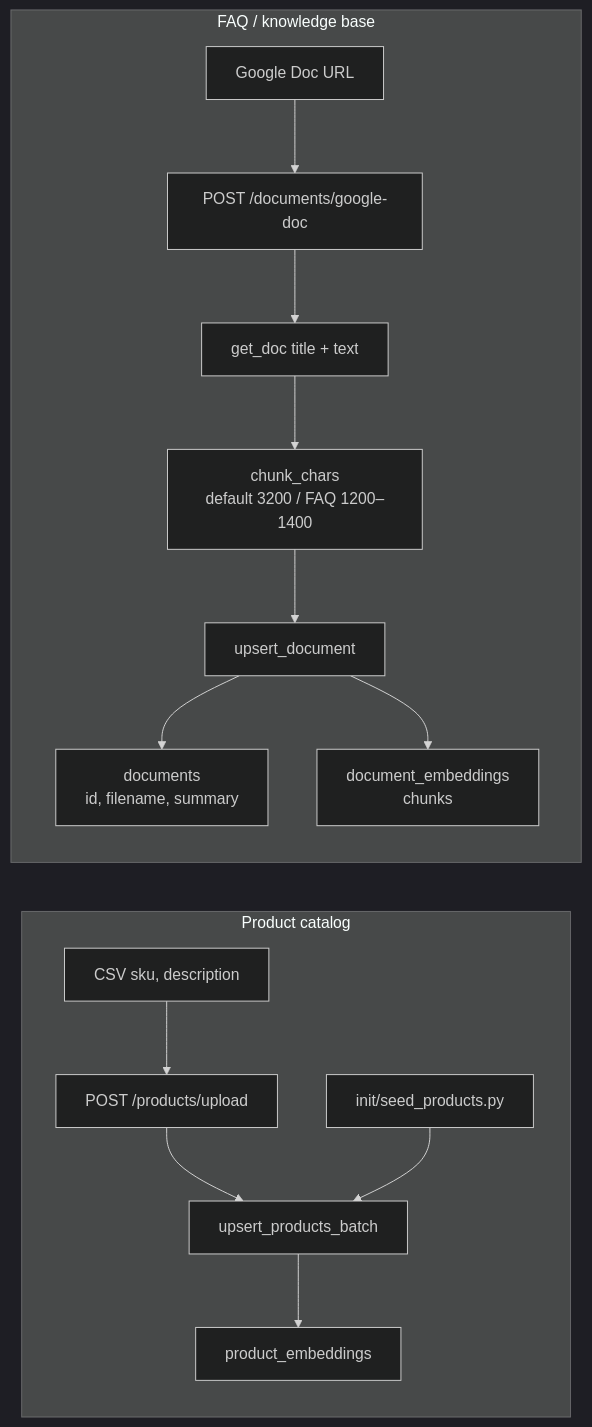
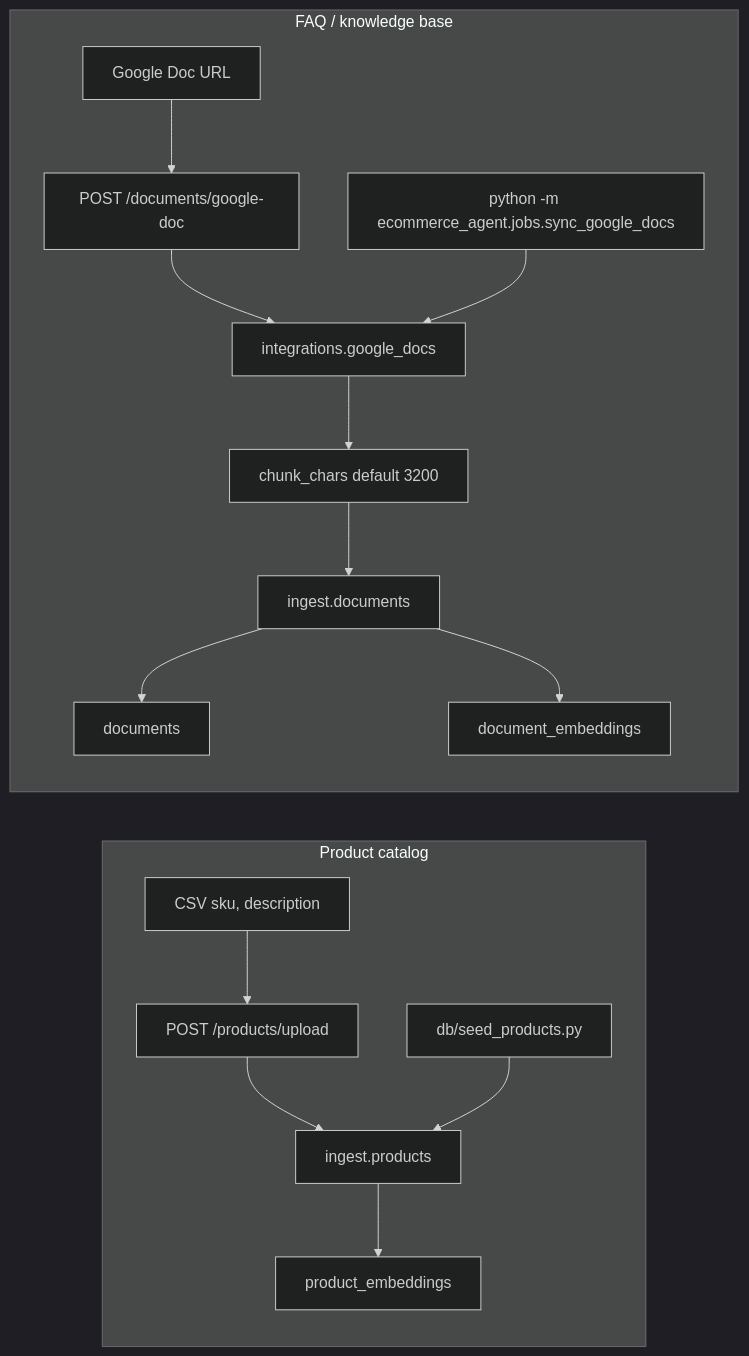
The third of 4 diagrams in architecture.md (JJTorresDS/ecommerce-agent), drawn with Mermaid (dark theme) before and after one commit. The commit also changed other lines of this file and 54 other files, not shown here.

Commit message:
implemented new modular architecture

````diff
--- a/architecture.md
+++ b/architecture.md
@@ -126,28 +128,30 @@
 ```mermaid
 flowchart LR
     subgraph Products["Product catalog"]
         CSV["CSV sku, description"]
-        Seed["init/seed_products.py"]
+        Seed["db/seed_products.py"]
         UP["POST /products/upload"]
-        Batch["upsert_products_batch"]
+        Batch["ingest.products"]
         PE["product_embeddings"]
     end
 
     subgraph Knowledge["FAQ / knowledge base"]
         URL["Google Doc URL"]
         GD["POST /documents/google-doc"]
-        Fetch["get_doc title + text"]
-        Chunk["chunk_chars<br/>default 3200 / FAQ 1200–1400"]
-        UD["upsert_document"]
-        DT["documents<br/>id, filename, summary"]
-        DE["document_embeddings<br/>chunks"]
+        Fetch["integrations.google_docs"]
+        Chunk["chunk_chars default 3200"]
+        UD["ingest.documents"]
+        DT["documents"]
+        DE["document_embeddings"]
+        Cron["python -m ecommerce_agent.jobs.sync_google_docs"]
     end
 
     CSV --> UP --> Batch
     Seed --> Batch
     Batch --> PE
 
     URL --> GD --> Fetch --> Chunk --> UD
+    Cron --> Fetch
     UD --> DT
     UD --> DE
 ```
````
